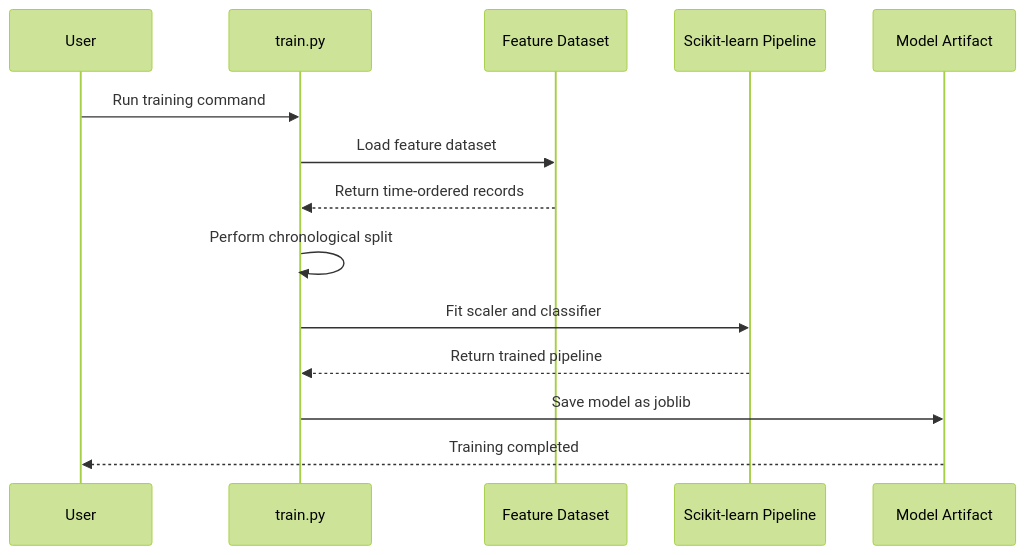
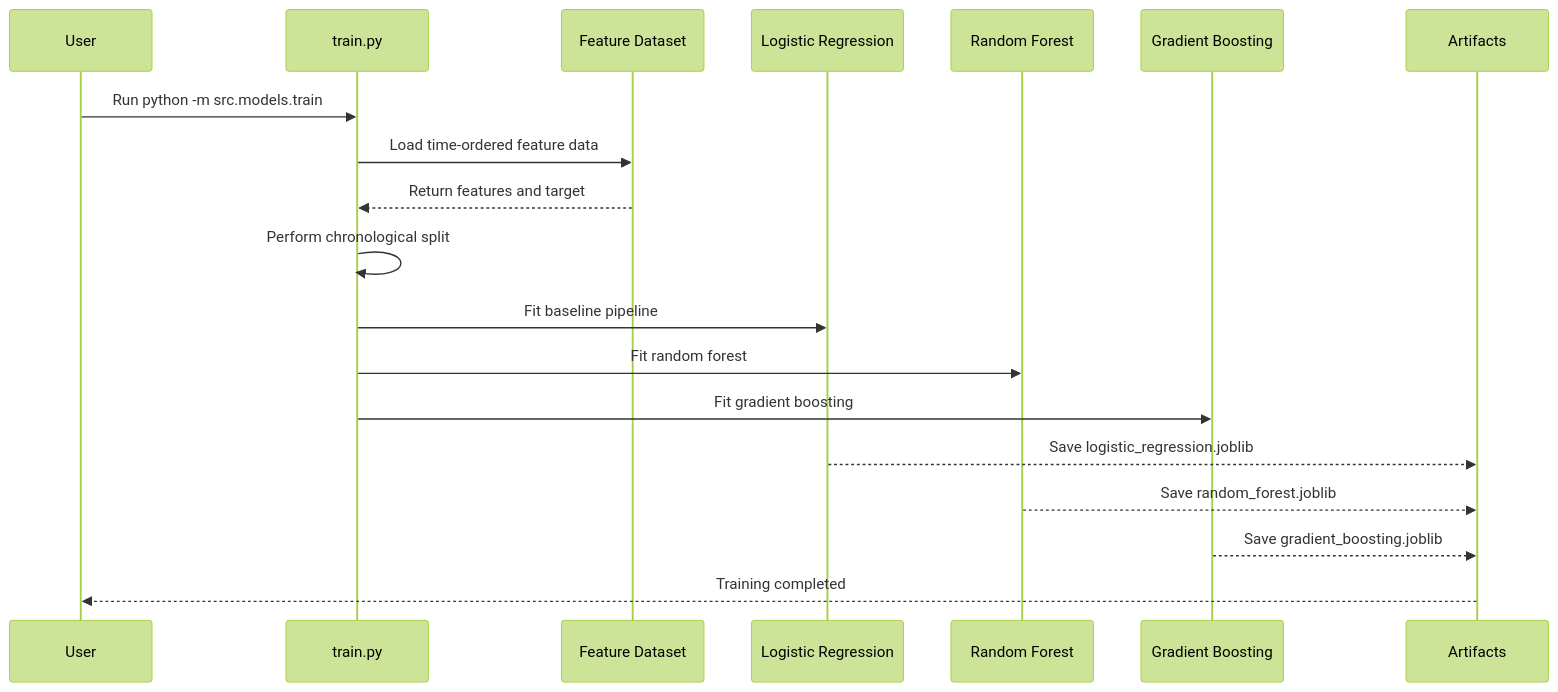
One commit to chauhanmuskan291980-wq/gold-price-direction-predictor changed the seventh of 15 diagrams in docs/architecture.md. Above: the diagram before and after it, drawn with Mermaid (forest theme). The commit also changed other lines of this file and 2 other files, not shown here.

Commit message:
docs: align documentation with three-model architecture and updated API

````diff
--- a/docs/architecture.md
+++ b/docs/architecture.md
@@ -406,17 +422,25 @@
 ```mermaid
 sequenceDiagram
     participant User
     participant Train as train.py
-    participant Features as Feature Dataset
-    participant Pipeline as Scikit-learn Pipeline
-    participant Artifact as Model Artifact
+    participant Dataset as Feature Dataset
+    participant LR as Logistic Regression
+    participant RF as Random Forest
+    participant GB as Gradient Boosting
+    participant Artifacts
 
-    User->>Train: Run training command
-    Train->>Features: Load feature dataset
-    Features-->>Train: Return time-ordered records
+    User->>Train: Run python -m src.models.train
+    Train->>Dataset: Load time-ordered feature data
+    Dataset-->>Train: Return features and target
     Train->>Train: Perform chronological split
-    Train->>Pipeline: Fit scaler and classifier
-    Pipeline-->>Train: Return trained pipeline
-    Train->>Artifact: Save model as joblib
-    Artifact-->>User: Training completed
+
+    Train->>LR: Fit baseline pipeline
+    Train->>RF: Fit random forest
+    Train->>GB: Fit gradient boosting
+
+    LR-->>Artifacts: Save logistic_regression.joblib
+    RF-->>Artifacts: Save random_forest.joblib
+    GB-->>Artifacts: Save gradient_boosting.joblib
+
+    Artifacts-->>User: Training completed
 ```
````
